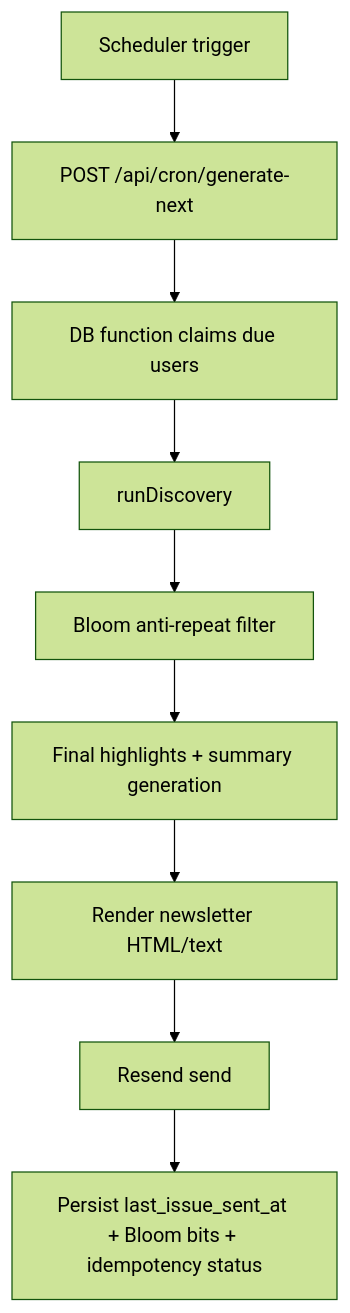
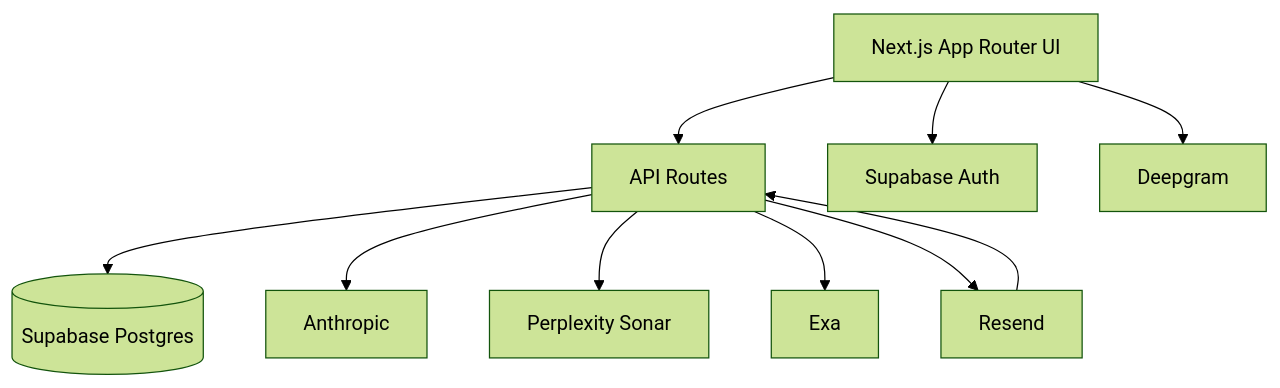
Before and after one commit to coder-2011/no-circles: the second of 3 diagrams in README.md, drawn with Mermaid (forest theme). The commit also changed other lines of this file, not shown here.

````diff
--- a/README.md
+++ b/README.md
@@ -59,11 +76,22 @@
 ```mermaid
 flowchart TD
-    C1[Scheduler trigger] --> C2[POST /api/cron/generate-next]
-    C2 --> C3[DB function claims due users]
-    C3 --> C4[runDiscovery]
-    C4 --> C5[Bloom anti-repeat filter]
-    C5 --> C6[Final highlights + summary generation]
-    C6 --> C7[Render newsletter HTML/text]
-    C7 --> C8[Resend send]
-    C8 --> C9[Persist last_issue_sent_at + Bloom bits + idempotency status]
+    UI[Next.js App Router UI]
+    API[API Routes]
+    DB[(Supabase Postgres)]
+    AUTH[Supabase Auth]
+    ANTH[Anthropic]
+    PPLX[Perplexity Sonar]
+    EXA[Exa]
+    RESEND[Resend]
+    DG[Deepgram]
+
+    UI --> AUTH
+    UI --> API
+    API --> DB
+    API --> ANTH
+    API --> PPLX
+    API --> EXA
+    API --> RESEND
+    UI --> DG
+    RESEND --> API
 ```
````
